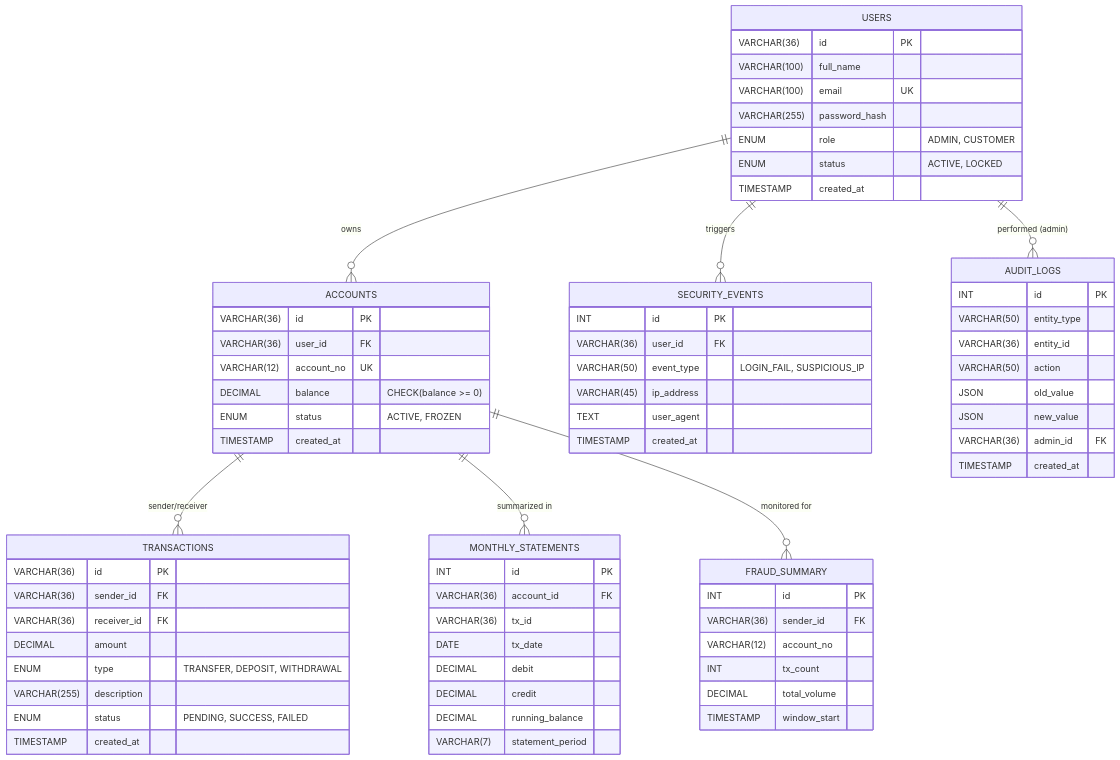
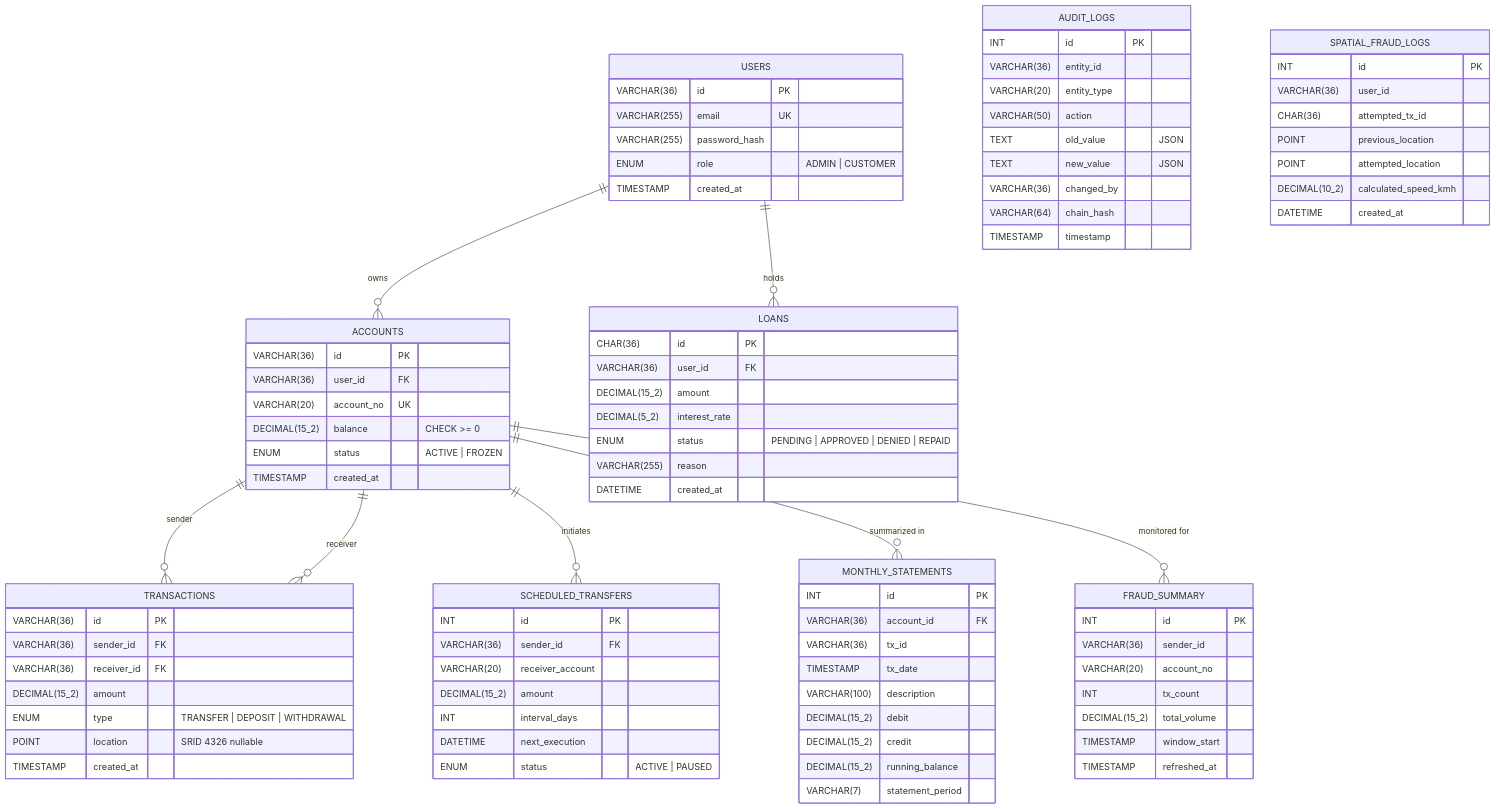
Before and after one commit to Tiwari1782/Fortress-Ledger: the diagram in README.md, drawn with Mermaid. The commit also changed other lines of this file and 6 other files, not shown here.

````diff
--- a/README.md
+++ b/README.md
@@ -260,28 +220,27 @@
 ```mermaid
 erDiagram
     USERS ||--o{ ACCOUNTS : "owns"
-    USERS ||--o{ SECURITY_EVENTS : "triggers"
-    USERS ||--o{ AUDIT_LOGS : "performed (admin)"
-    ACCOUNTS ||--o{ TRANSACTIONS : "sender/receiver"
+    USERS ||--o{ LOANS : "holds"
+    ACCOUNTS ||--o{ TRANSACTIONS : "sender"
+    ACCOUNTS ||--o{ TRANSACTIONS : "receiver"
+    ACCOUNTS ||--o{ SCHEDULED_TRANSFERS : "initiates"
     ACCOUNTS ||--o{ MONTHLY_STATEMENTS : "summarized in"
     ACCOUNTS ||--o{ FRAUD_SUMMARY : "monitored for"
 
     USERS {
         VARCHAR(36) id PK
-        VARCHAR(100) full_name
-        VARCHAR(100) email UK
+        VARCHAR(255) email UK
         VARCHAR(255) password_hash
-        ENUM role "ADMIN, CUSTOMER"
-        ENUM status "ACTIVE, LOCKED"
+        ENUM role "ADMIN | CUSTOMER"
         TIMESTAMP created_at
     }
 
     ACCOUNTS {
         VARCHAR(36) id PK
         VARCHAR(36) user_id FK
-        VARCHAR(12) account_no UK
-        DECIMAL balance "CHECK(balance >= 0)"
-        ENUM status "ACTIVE, FROZEN"
+        VARCHAR(20) account_no UK
+        DECIMAL(15_2) balance "CHECK >= 0"
+        ENUM status "ACTIVE | FROZEN"
         TIMESTAMP created_at
     }
 
@@ -289,50 +248,73 @@
         VARCHAR(36) id PK
         VARCHAR(36) sender_id FK
         VARCHAR(36) receiver_id FK
-        DECIMAL amount
-        ENUM type "TRANSFER, DEPOSIT, WITHDRAWAL"
-        VARCHAR(255) description
-        ENUM status "PENDING, SUCCESS, FAILED"
+        DECIMAL(15_2) amount
+        ENUM type "TRANSFER | DEPOSIT | WITHDRAWAL"
+        POINT location "SRID 4326 nullable"
         TIMESTAMP created_at
     }
 
     AUDIT_LOGS {
         INT id PK
-        VARCHAR(50) entity_type
         VARCHAR(36) entity_id
+        VARCHAR(20) entity_type
         VARCHAR(50) action
-        JSON old_value
-        JSON new_value
-        VARCHAR(36) admin_id FK
-        TIMESTAMP created_at
+        TEXT old_value "JSON"
+        TEXT new_value "JSON"
+        VARCHAR(36) changed_by
+        VARCHAR(64) chain_hash
+        TIMESTAMP timestamp
     }
 
-    SECURITY_EVENTS {
+    LOANS {
+        CHAR(36) id PK
+        VARCHAR(36) user_id FK
+        DECIMAL(15_2) amount
+        DECIMAL(5_2) interest_rate
+        ENUM status "PENDING | APPROVED | DENIED | REPAID"
+        VARCHAR(255) reason
+        DATETIME created_at
+    }
+
+    SCHEDULED_TRANSFERS {
         INT id PK
-        VARCHAR(36) user_id FK
-        VARCHAR(50) event_type "LOGIN_FAIL, SUSPICIOUS_IP"
-        VARCHAR(45) ip_address
-        TEXT user_agent
-        TIMESTAMP created_at
+        VARCHAR(36) sender_id FK
+        VARCHAR(20) receiver_account
+        DECIMAL(15_2) amount
+        INT interval_days
+        DATETIME next_execution
+        ENUM status "ACTIVE | PAUSED"
+    }
+
+    SPATIAL_FRAUD_LOGS {
+        INT id PK
+        VARCHAR(36) user_id
+        CHAR(36) attempted_tx_id
+        POINT previous_location
+        POINT attempted_location
+        DECIMAL(10_2) calculated_speed_kmh
+        DATETIME created_at
+    }
+
+    FRAUD_SUMMARY {
+        INT id PK
+        VARCHAR(36) sender_id
+        VARCHAR(20) account_no
+        INT tx_count
+        DECIMAL(15_2) total_volume
+        TIMESTAMP window_start
+        TIMESTAMP refreshed_at
     }
 
     MONTHLY_STATEMENTS {
         INT id PK
         VARCHAR(36) account_id FK
         VARCHAR(36) tx_id
-        DATE tx_date
-        DECIMAL debit
-        DECIMAL credit
-        DECIMAL running_balance
+        TIMESTAMP tx_date
+        VARCHAR(100) description
+        DECIMAL(15_2) debit
+        DECIMAL(15_2) credit
+        DECIMAL(15_2) running_balance
         VARCHAR(7) statement_period
     }
-
-    FRAUD_SUMMARY {
-        INT id PK
-        VARCHAR(36) sender_id FK
-        VARCHAR(12) account_no
-        INT tx_count
-        DECIMAL total_volume
-        TIMESTAMP window_start
-    }
 ```
````
